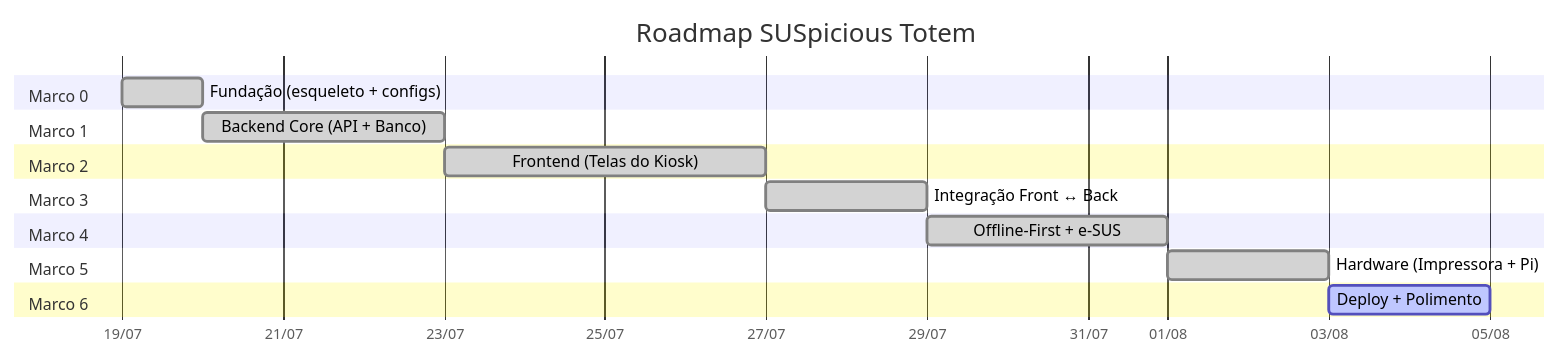
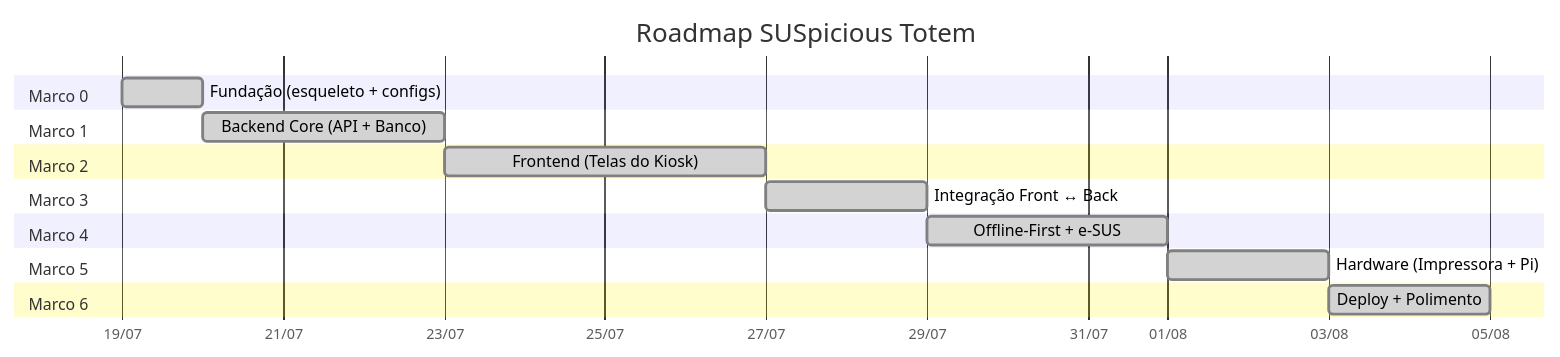
The diagram in ROADMAP.md (Gabriell-Ilius/SUSpicious_Totem), drawn with Mermaid before and after one commit. The commit also changed other lines of this file and 6 other files, not shown here.

````diff
--- a/ROADMAP.md
+++ b/ROADMAP.md
@@ -9,27 +9,27 @@
 ```mermaid
 gantt
     title Roadmap SUSpicious Totem
     dateFormat  YYYY-MM-DD
     axisFormat  %d/%m
 
     section Marco 0
     Fundação (esqueleto + configs)           :done, m0, 2026-07-19, 1d
 
     section Marco 1
     Backend Core (API + Banco)               :done, m1, after m0, 3d
 
     section Marco 2
     Frontend (Telas do Kiosk)                :done, m2, after m1, 4d
 
     section Marco 3
     Integração Front ↔ Back                  :done, m3, after m2, 2d
 
     section Marco 4
     Offline-First + e-SUS                    :done, m4, after m3, 3d
 
     section Marco 5
     Hardware (Impressora + Pi)               :done, m5, after m4, 2d
 
     section Marco 6
-    Deploy + Polimento                       :active, m6, after m5, 2d
+    Deploy + Polimento                       :done, m6, after m5, 2d
 ```
````
